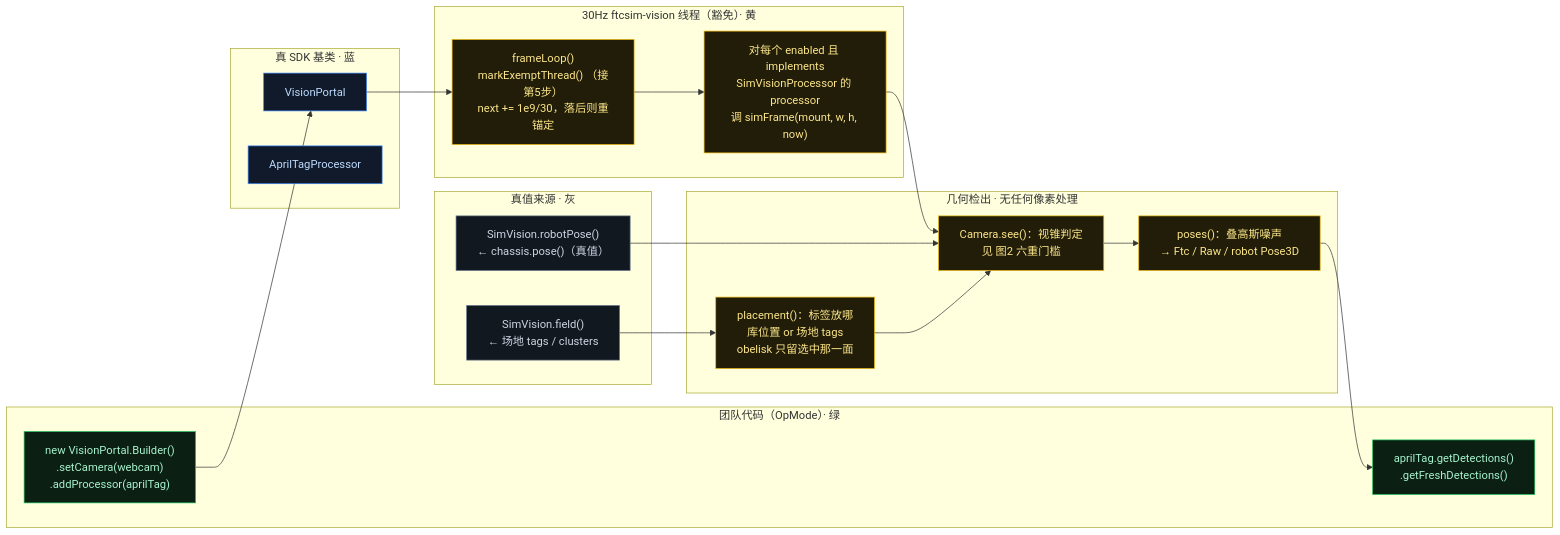
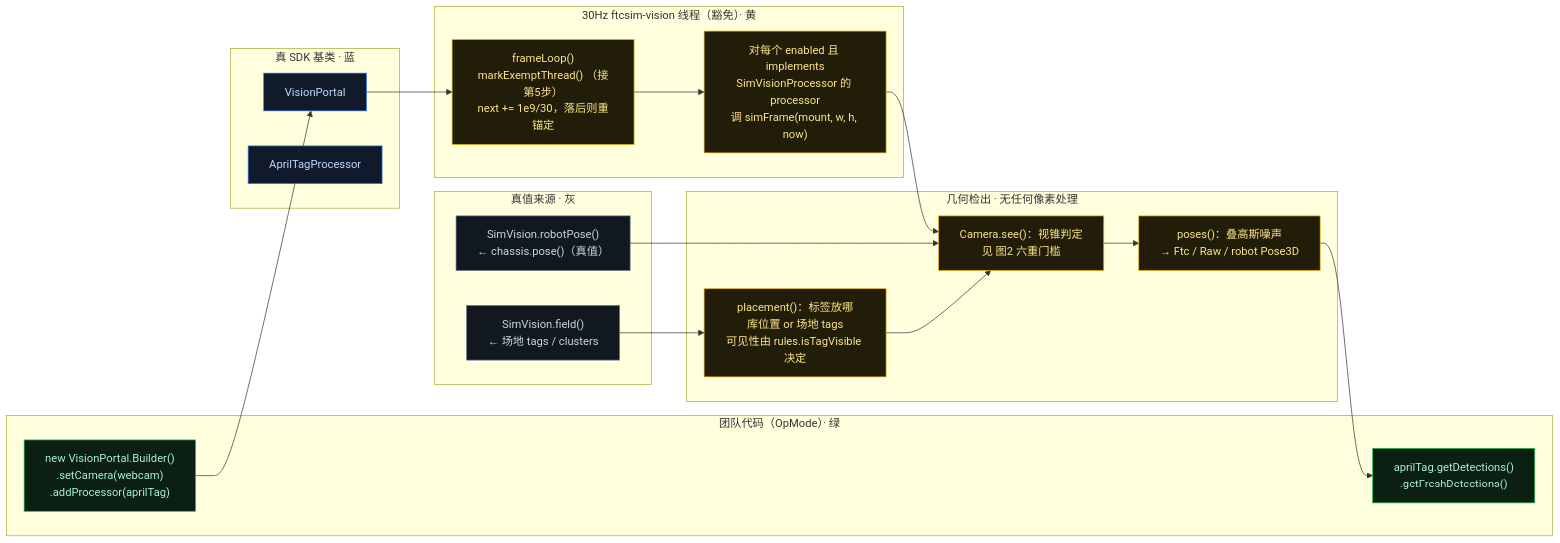
One commit to seezhou/FTCSim changed the first of 4 diagrams in docs/vision/01-vision.md. Above: the diagram before and after it, drawn with Mermaid. The commit also changed other lines of this file and 26 other files, not shown here.

````diff
--- a/docs/vision/01-vision.md
+++ b/docs/vision/01-vision.md
@@ -20,42 +20,42 @@
 ```mermaid
 flowchart LR
   subgraph TEAM["团队代码（OpMode）· 绿"]
     T1["new VisionPortal.Builder()<br/>.setCamera(webcam)<br/>.addProcessor(aprilTag)"]
     T2["aprilTag.getDetections()<br/>.getFreshDetections()"]
   end
 
   subgraph SDK["真 SDK 基类 · 蓝"]
     VP["VisionPortal"]
     ATP["AprilTagProcessor"]
   end
 
   subgraph SIM["30Hz ftcsim-vision 线程（豁免）· 黄"]
     FL["frameLoop()<br/>markExemptThread() （接第5步）<br/>next += 1e9/30，落后则重锚定"]
     SF["对每个 enabled 且 implements<br/>SimVisionProcessor 的 processor<br/>调 simFrame(mount, w, h, now)"]
   end
 
   subgraph TRUTH["真值来源 · 灰"]
     RP["SimVision.robotPose()<br/>← chassis.pose()（真值）"]
     FLD["SimVision.field()<br/>← 场地 tags / clusters"]
   end
 
   subgraph GEO["几何检出 · 无任何像素处理"]
     SEE["Camera.see()：视锥判定<br/>见 图2 六重门槛"]
-    PL["placement()：标签放哪<br/>库位置 or 场地 tags<br/>obelisk 只留选中那一面"]
+    PL["placement()：标签放哪<br/>库位置 or 场地 tags<br/>可见性由 rules.isTagVisible 决定"]
     PS["poses()：叠高斯噪声<br/>→ Ftc / Raw / robot Pose3D"]
   end
 
   T1 --> VP --> FL --> SF --> SEE
   RP --> SEE
   FLD --> PL --> SEE
   SEE --> PS --> T2
 
   classDef team fill:#0c1f13,stroke:#22c55e,color:#a7f3d0
   classDef sdk fill:#101a2b,stroke:#3b82f6,color:#bfdbfe
   classDef sim fill:#211d08,stroke:#eab308,color:#fde68a
   classDef truth fill:#121820,stroke:#64748b,color:#cbd5e1
   class T1,T2 team
   class VP,ATP sdk
   class FL,SF,SEE,PL,PS sim
   class RP,FLD truth
 ```
````
